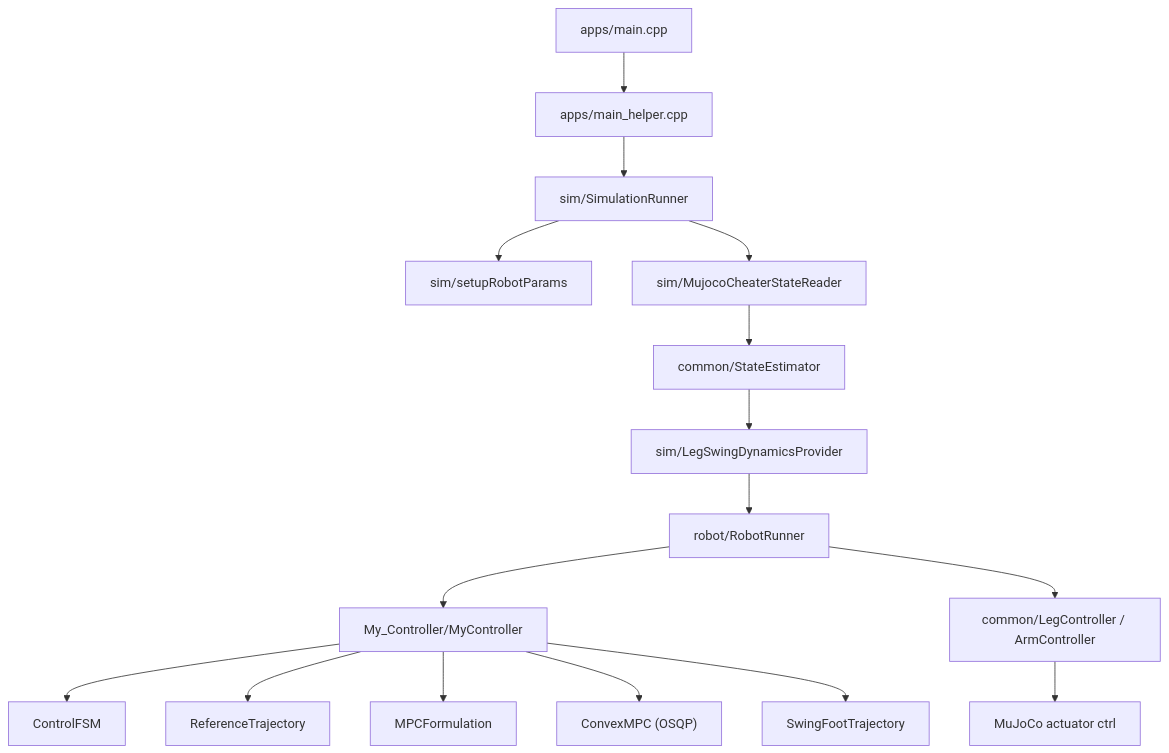
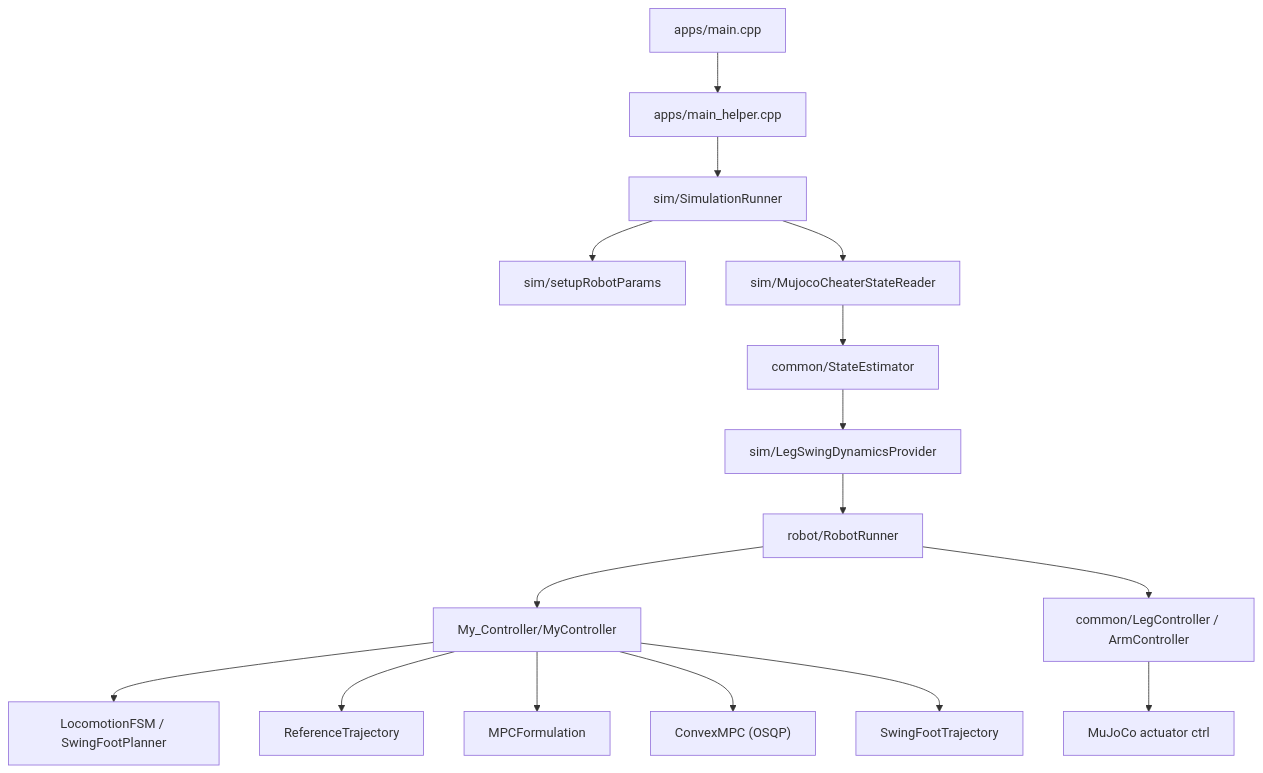
The diagram in README.md (ispaik06/convex-mpc-biped), drawn with Mermaid before and after one commit. The commit also changed 21 other files, not shown here.

First line of the commit message:
Refactor ControlFSM into SwingFootPlanner and add LocomotionFSM

````diff
--- a/README.md
+++ b/README.md
@@ -7,18 +7,18 @@
 ```mermaid
 flowchart TD
     A["apps/main.cpp"] --> B["apps/main_helper.cpp"]
     B --> C["sim/SimulationRunner"]
     C --> D["sim/setupRobotParams"]
     C --> E["sim/MujocoCheaterStateReader"]
     E --> F["common/StateEstimator"]
     F --> G["sim/LegSwingDynamicsProvider"]
     G --> H["robot/RobotRunner"]
     H --> I["My_Controller/MyController"]
-    I --> J["ControlFSM"]
+    I --> J["LocomotionFSM / SwingFootPlanner"]
     I --> K["ReferenceTrajectory"]
     I --> L["MPCFormulation"]
     I --> M["ConvexMPC (OSQP)"]
     I --> N["SwingFootTrajectory"]
     H --> O["common/LegController / ArmController"]
     O --> P["MuJoCo actuator ctrl"]
 ```
````
